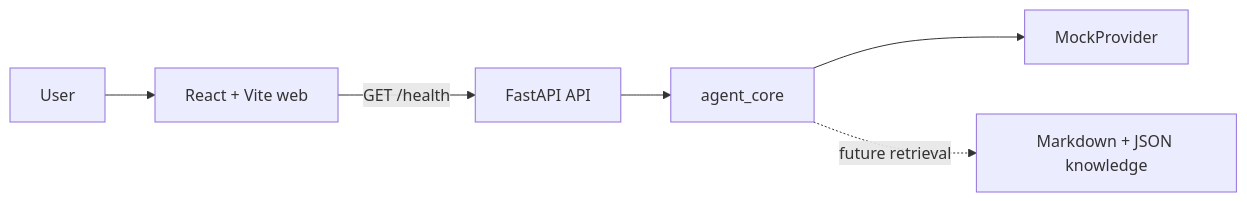
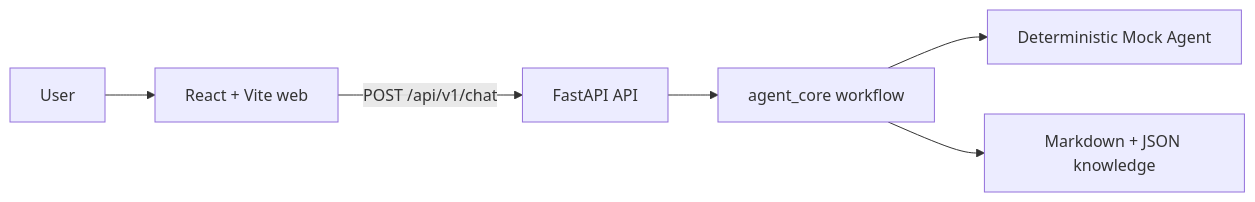
Before and after one commit to YueLi1994/openhr-agent: the diagram in README.md, drawn with Mermaid. The commit also changed other lines of this file and 26 other files, not shown here.

First line of the commit message:
feat: implement core HR agent workflow (#2)

````diff
--- a/README.md
+++ b/README.md
@@ -21,8 +21,8 @@
 ```mermaid
 flowchart LR
   U[User] --> W[React + Vite web]
-  W -->|GET /health| A[FastAPI API]
-  A --> C[agent_core]
-  C --> M[MockProvider]
-  C -. future retrieval .-> K[Markdown + JSON knowledge]
+  W -->|POST /api/v1/chat| A[FastAPI API]
+  A --> C[agent_core workflow]
+  C --> M[Deterministic Mock Agent]
+  C --> K[Markdown + JSON knowledge]
 ```
````
